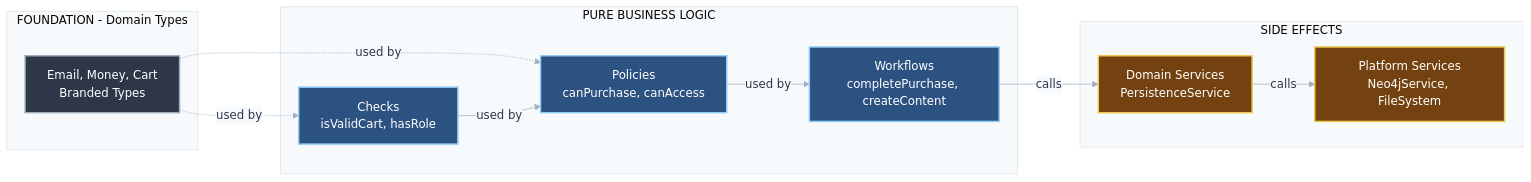
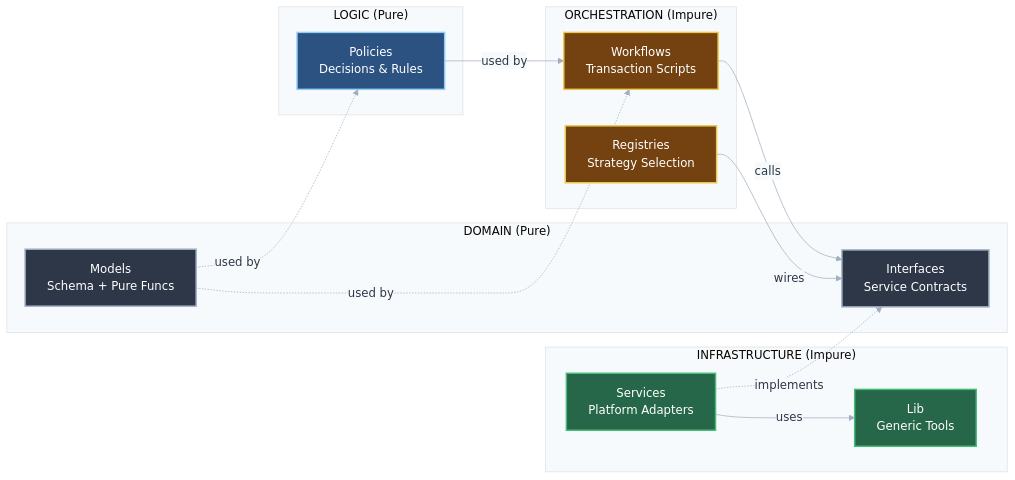
The diagram in README.md (eatthoselemons/effect-template), drawn with Mermaid before and after one commit. The commit also changed other lines of this file and 1 other file, not shown here.

Commit message:
changed layout to better isolate components according to more rigourously defined stadards

````diff
--- a/README.md
+++ b/README.md
@@ -55,33 +55,40 @@
 ```mermaid
 %%{init: {'theme':'base', 'themeVariables': {'primaryColor':'#f7fafc','primaryTextColor':'#2d3748','primaryBorderColor':'#4a5568','lineColor':'#a0aec0','secondaryColor':'#f7fafc','tertiaryColor':'#f7fafc'}}}%%
 flowchart LR
-    subgraph DT[" FOUNDATION - Domain Types "]
-        DT1[Email, Money, Cart<br/>Branded Types]
+    subgraph DOM[" DOMAIN (Pure) "]
+        M[Models<br/>Schema + Pure Funcs]
+        I[Interfaces<br/>Service Contracts]
     end
     
-    subgraph BL[" PURE BUSINESS LOGIC "]
-        C[Checks<br/>isValidCart, hasRole]
-        P[Policies<br/>canPurchase, canAccess]
-        W[Workflows<br/>completePurchase, createContent]
+    subgraph LOGIC[" LOGIC (Pure) "]
+        P[Policies<br/>Decisions & Rules]
+    end
+
+    subgraph ORCH[" ORCHESTRATION (Impure) "]
+        W[Workflows<br/>Transaction Scripts]
+        R[Registries<br/>Strategy Selection]
     end
     
-    subgraph SYS[" SIDE EFFECTS "]
-        DS[Domain Services<br/>PersistenceService]
-        PS[Platform Services<br/>Neo4jService, FileSystem]
+    subgraph SYS[" INFRASTRUCTURE (Impure) "]
+        S[Services<br/>Platform Adapters]
+        L[Lib<br/>Generic Tools]
     end
     
-    DT1 -.->|used by| C
-    DT1 -.->|used by| P
-    C -->|used by| P
+    M -.->|used by| P
+    M -.->|used by| W
     P -->|used by| W
-    W -->|calls| DS
-    DS -->|calls| PS
+    W -->|calls| I
+    R -->|wires| I
+    S -.->|implements| I
+    S -->|uses| L
     
-    classDef foundation fill:#2d3748,stroke:#a0aec0,color:#fff,stroke-width:2px
-    classDef pure fill:#2c5282,stroke:#90cdf4,color:#fff,stroke-width:2px
-    classDef effects fill:#744210,stroke:#ecc94b,color:#fff,stroke-width:2px
+    classDef domain fill:#2d3748,stroke:#a0aec0,color:#fff,stroke-width:2px
+    classDef logic fill:#2c5282,stroke:#90cdf4,color:#fff,stroke-width:2px
+    classDef orch fill:#744210,stroke:#ecc94b,color:#fff,stroke-width:2px
+    classDef sys fill:#276749,stroke:#48bb78,color:#fff,stroke-width:2px
     
-    class DT1 foundation
-    class C,P,W pure
-    class DS,PS effects
+    class M,I domain
+    class P logic
+    class W,R orch
+    class S,L sys
 ```
````
